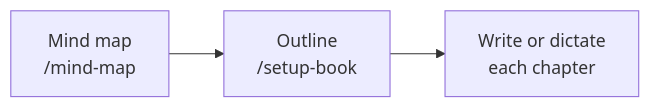
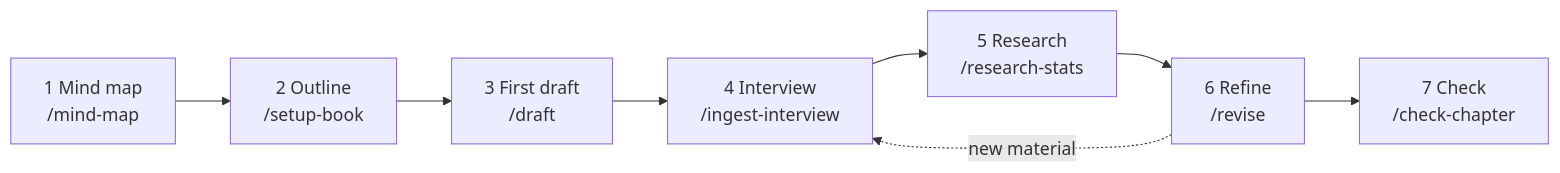
Before and after one commit to drdavis/b2b-author-toolkit: the second of 3 diagrams in docs/how-it-works.md, drawn with Mermaid. The commit also changed other lines of this file and 25 other files, not shown here.

First line of the commit message:
Add the seven steps and /research-stats (#3)

````diff
--- a/docs/how-it-works.md
+++ b/docs/how-it-works.md
@@ -33,4 +33,5 @@
 ```mermaid
 flowchart LR
-  M["Mind map<br/>/mind-map"] --> O["Outline<br/>/setup-book"] --> W["Write or dictate<br/>each chapter"]
+  M["1 Mind map<br/>/mind-map"] --> O["2 Outline<br/>/setup-book"] --> D["3 First draft<br/>/draft"] --> I["4 Interview<br/>/ingest-interview"] --> R["5 Research<br/>/research-stats"] --> F["6 Refine<br/>/revise"] --> C["7 Check<br/>/check-chapter"]
+  F -. new material .-> I
 ```
````
